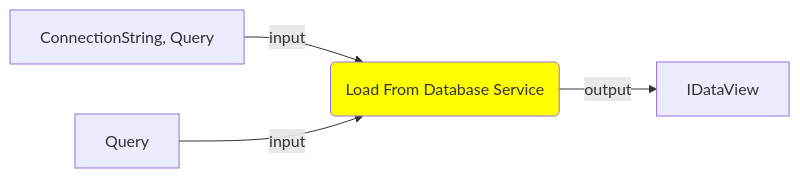
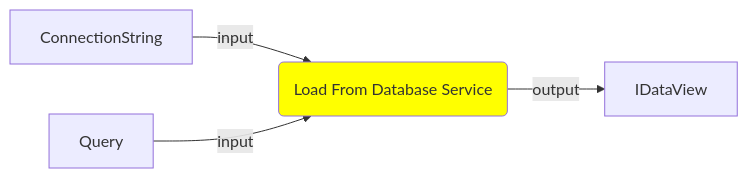
Before and after one commit to imiiii/Wiki-For-ML-Project: the tenth of 15 diagrams in Test/SubPage.md, drawn with Mermaid. The commit also changed other lines of this file, not shown here.

```diff
--- a/Test/SubPage.md
+++ b/Test/SubPage.md
@@ -159,8 +159,8 @@
 ::: mermaid
  graph LR;
- A[ConnectionString, Query] -->|input| B(Load From Database Service) -->|output| C[IDataView];
-d[Query] --> |input|B
-style B fill:#FFFF00
+ A1[ConnectionString] -->|input| A2(Load From Database Service) -->|output| A3[IDataView];
+A4[Query] --> |input|A2
+style A2 fill:#FFFF00
 
 
 :::
```
